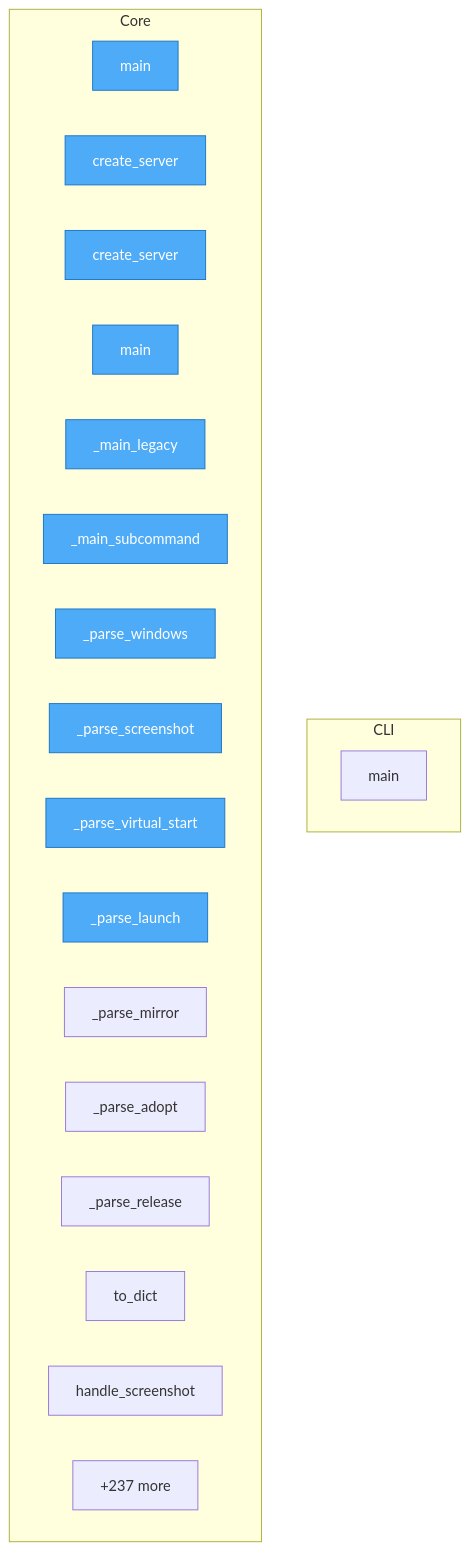
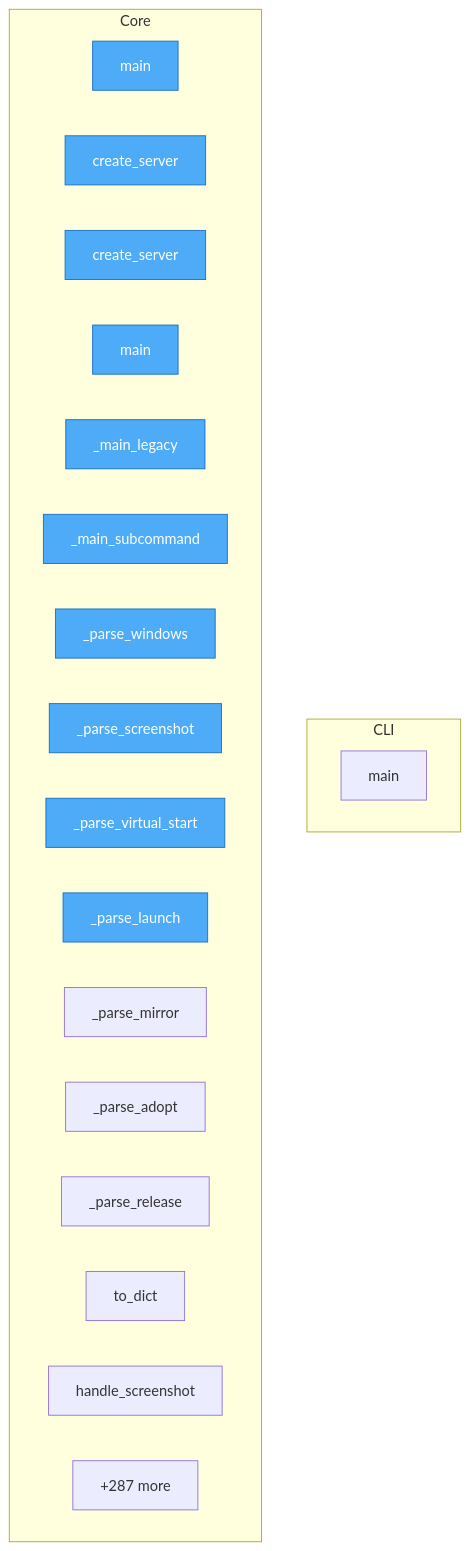
The diagram in project/flow.mmd (wronai/vdisplay), drawn with Mermaid before and after one commit. The commit also changed 102 other files, not shown here.

```diff
--- a/project/flow.mmd
+++ b/project/flow.mmd
@@ -1,30 +1,30 @@
 flowchart TD
 %% generated in 0.02s
 
     %% Entry points (blue)
     classDef entry fill:#4dabf7,stroke:#1971c2,color:#fff
 
     subgraph CLI
         packages__cli2vdisplay__src__cli2vdisplay__cli__main["main"]
     end
 
     subgraph Core
         packages__mcp2vdisplay__src__mcp2vdisplay__cli__main["main"]
         packages__mcp2vdisplay__src__mcp2vdisplay__cli__create_server["create_server"]
         packages__mcp2vdisplay__src__mcp2vdisplay__server__create_server["create_server"]
         packages__dsl2vdisplay__src__dsl2vdisplay__cli__main["main"]
         packages__dsl2vdisplay__src__dsl2vdisplay__cli___main_legacy["_main_legacy"]
         packages__dsl2vdisplay__src__dsl2vdisplay__cli___main_subcommand["_main_subcommand"]
         packages__dsl2vdisplay__src__dsl2vdisplay__grammar___parse_windows["_parse_windows"]
         packages__dsl2vdisplay__src__dsl2vdisplay__grammar___parse_screenshot["_parse_screenshot"]
         packages__dsl2vdisplay__src__dsl2vdisplay__grammar___parse_virtual_start["_parse_virtual_start"]
         packages__dsl2vdisplay__src__dsl2vdisplay__grammar___parse_launch["_parse_launch"]
         packages__dsl2vdisplay__src__dsl2vdisplay__grammar___parse_mirror["_parse_mirror"]
         packages__dsl2vdisplay__src__dsl2vdisplay__grammar___parse_adopt["_parse_adopt"]
         packages__dsl2vdisplay__src__dsl2vdisplay__grammar___parse_release["_parse_release"]
         packages__dsl2vdisplay__src__dsl2vdisplay__result__DslResult__to_dict["to_dict"]
         packages__dsl2vdisplay__src__dsl2vdisplay__handlers__command__handle_screenshot["handle_screenshot"]
-        ...["+237 more"]
+        ...["+287 more"]
     end
 
     class packages__mcp2vdisplay__src__mcp2vdisplay__cli__main,packages__mcp2vdisplay__src__mcp2vdisplay__cli__create_server,packages__mcp2vdisplay__src__mcp2vdisplay__server__create_server,packages__dsl2vdisplay__src__dsl2vdisplay__cli__main,packages__dsl2vdisplay__src__dsl2vdisplay__cli___main_legacy,packages__dsl2vdisplay__src__dsl2vdisplay__cli___main_subcommand,packages__dsl2vdisplay__src__dsl2vdisplay__grammar___parse_windows,packages__dsl2vdisplay__src__dsl2vdisplay__grammar___parse_screenshot,packages__dsl2vdisplay__src__dsl2vdisplay__grammar___parse_virtual_start,packages__dsl2vdisplay__src__dsl2vdisplay__grammar___parse_launch entry
```
